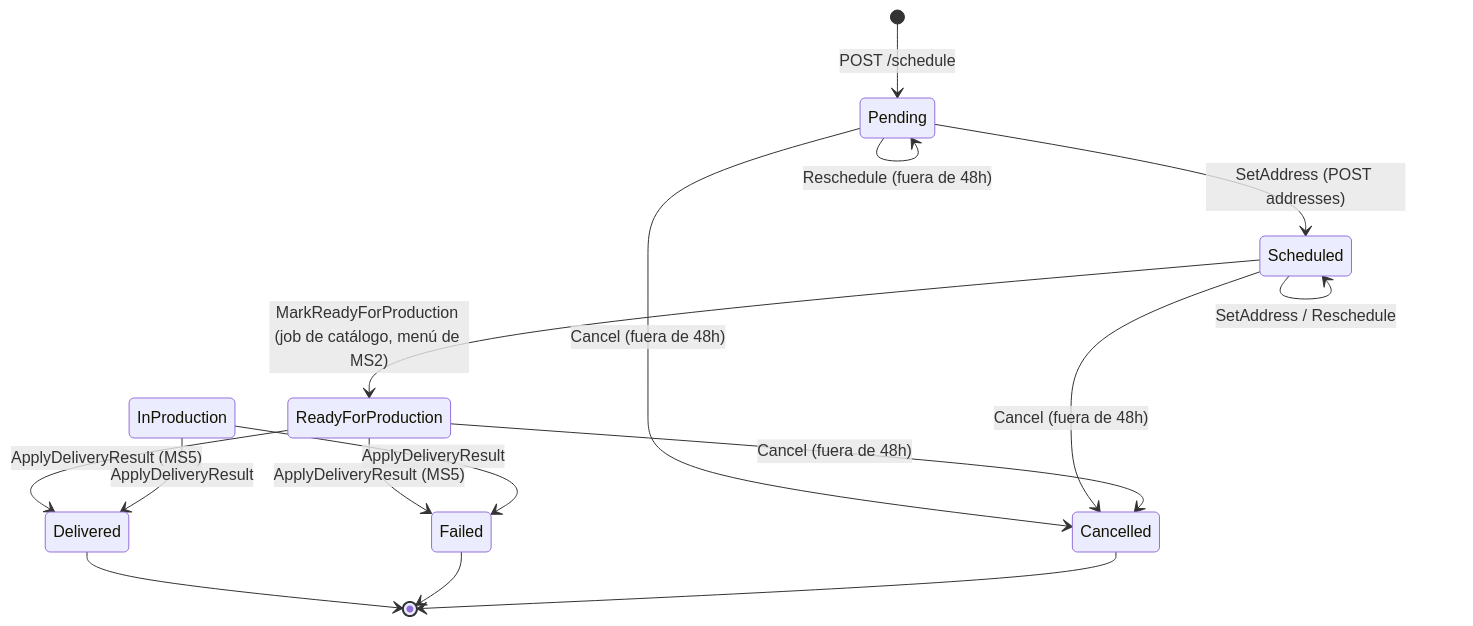
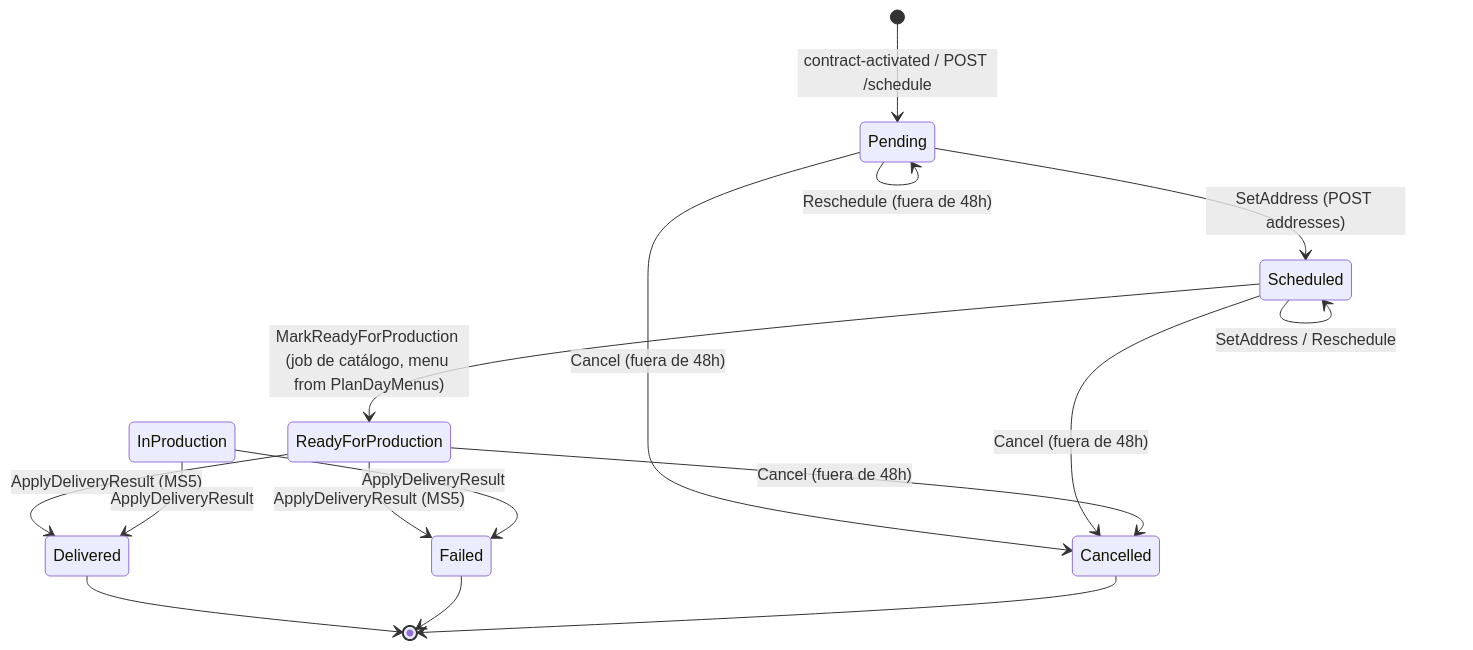
Before and after one commit to Nur-tricenter/knowledge: the second of 2 diagrams in services/ms4-delivery-calendar/domain.md, drawn with Mermaid. The commit also changed other lines of this file and 43 other files, not shown here.

````diff
--- a/services/ms4-delivery-calendar/domain.md
+++ b/services/ms4-delivery-calendar/domain.md
@@ -95,18 +95,18 @@
 ```mermaid
 stateDiagram-v2
-  [*] --> Pending : POST /schedule
+  [*] --> Pending : contract-activated / POST /schedule
   Pending --> Scheduled : SetAddress (POST addresses)
   Scheduled --> Scheduled : SetAddress / Reschedule
   Pending --> Pending : Reschedule (fuera de 48h)
-  Scheduled --> ReadyForProduction : MarkReadyForProduction (job de catálogo, menú de MS2)
+  Scheduled --> ReadyForProduction : MarkReadyForProduction (job de catálogo, menu from PlanDayMenus)
   ReadyForProduction --> Delivered : ApplyDeliveryResult (MS5)
   ReadyForProduction --> Failed : ApplyDeliveryResult (MS5)
   InProduction --> Delivered : ApplyDeliveryResult
   InProduction --> Failed : ApplyDeliveryResult
   Pending --> Cancelled : Cancel (fuera de 48h)
   Scheduled --> Cancelled : Cancel (fuera de 48h)
   ReadyForProduction --> Cancelled : Cancel (fuera de 48h)
   Delivered --> [*]
   Failed --> [*]
   Cancelled --> [*]
 ```
````
